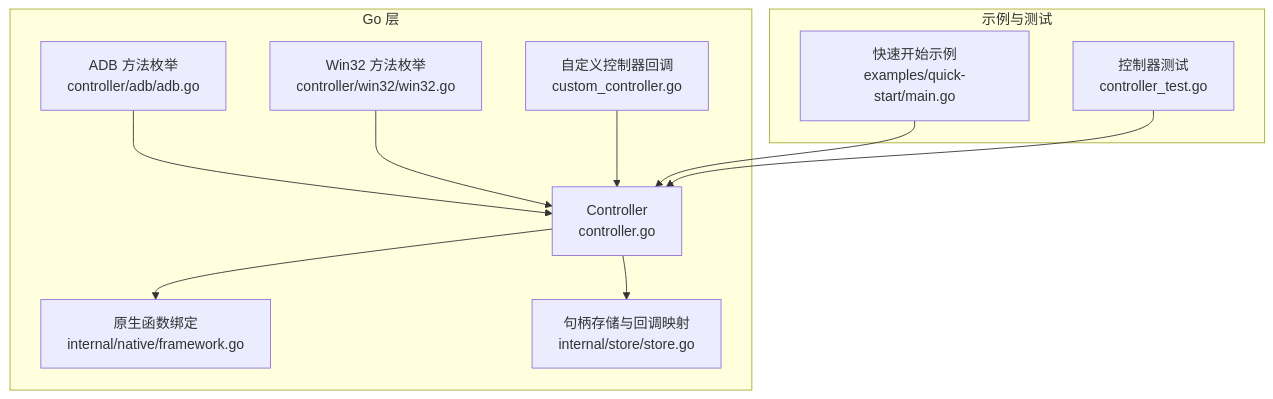
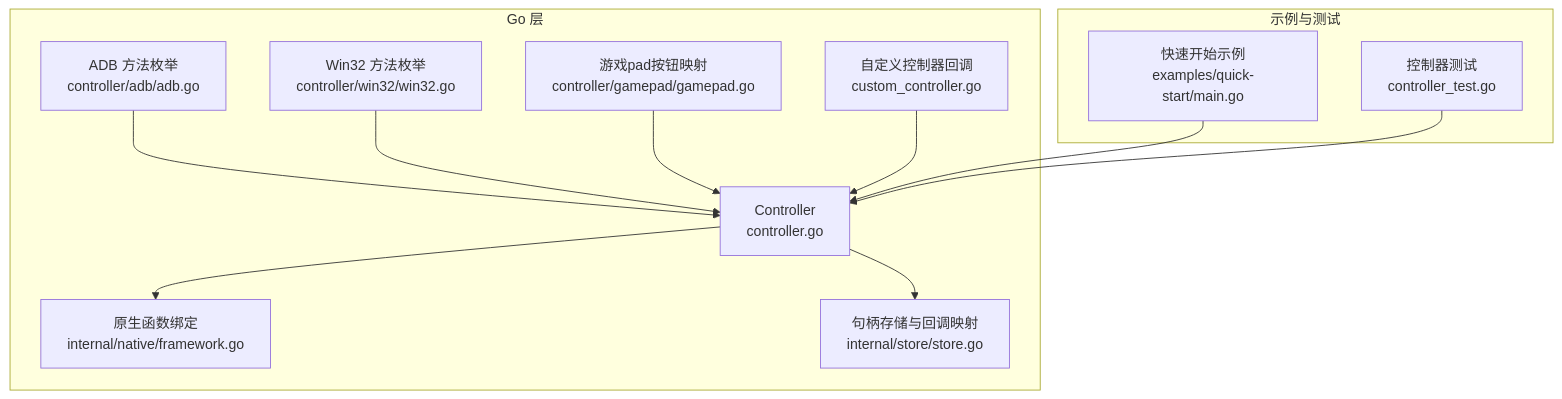
Before and after one commit to kqcoxn/MaaPipelineEditor: the first of 3 diagrams in instructions/maafw-golang-binding/核心概念/控制器 (Controller)/控制器 (Controller).md, drawn with Mermaid. The commit also changed other lines of this file and 7 other files, not shown here.

````diff
--- a/instructions/maafw-golang-binding/核心概念/控制器 (Controller)/控制器 (Controller).md
+++ b/instructions/maafw-golang-binding/核心概念/控制器 (Controller)/控制器 (Controller).md
@@ -46,22 +47,24 @@
 ```mermaid
 graph TB
 subgraph "Go 层"
 C["Controller<br/>controller.go"]
 ADB["ADB 方法枚举<br/>controller/adb/adb.go"]
 WIN["Win32 方法枚举<br/>controller/win32/win32.go"]
+GAMEPAD["游戏pad按钮映射<br/>controller/gamepad/gamepad.go"]
 CC["自定义控制器回调<br/>custom_controller.go"]
 NATIVE["原生函数绑定<br/>internal/native/framework.go"]
 STORE["句柄存储与回调映射<br/>internal/store/store.go"]
 end
 subgraph "示例与测试"
 EX["快速开始示例<br/>examples/quick-start/main.go"]
 TEST["控制器测试<br/>controller_test.go"]
 end
 C --> NATIVE
 C --> STORE
 ADB --> C
 WIN --> C
+GAMEPAD --> C
 CC --> C
 EX --> C
 TEST --> C
 ```
````
